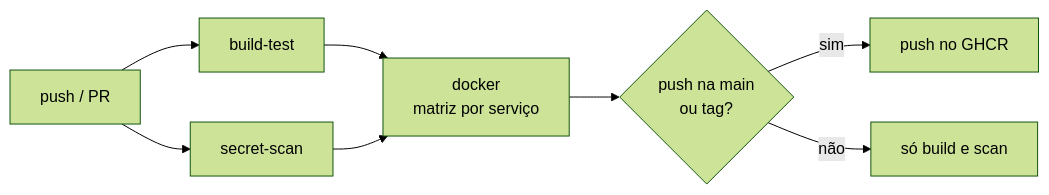
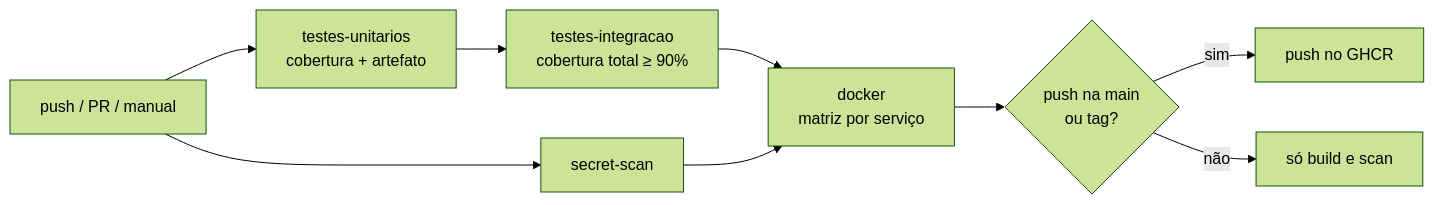
The diagram in specs/product/ci-cd.md (vkhydra/ConexaoSolidaria), drawn with Mermaid (forest theme) before and after one commit. The commit also changed other lines of this file, not shown here.

Commit message:
📝 docs(specs): separa jobs de testes unitários e de integração no ci

````diff
--- a/specs/product/ci-cd.md
+++ b/specs/product/ci-cd.md
@@ -18,10 +18,11 @@
 ```mermaid
 flowchart LR
-  A[push / PR] --> B[build-test]
+  A[push / PR / manual] --> U[testes-unitarios<br/>cobertura + artefato]
+  U --> B[testes-integracao<br/>cobertura total ≥ 90%]
   A --> C[secret-scan]
   B --> D[docker<br/>matriz por serviço]
   C --> D
   D --> E{push na main<br/>ou tag?}
   E -- sim --> F[push no GHCR]
   E -- não --> G[só build e scan]
 ```
````
